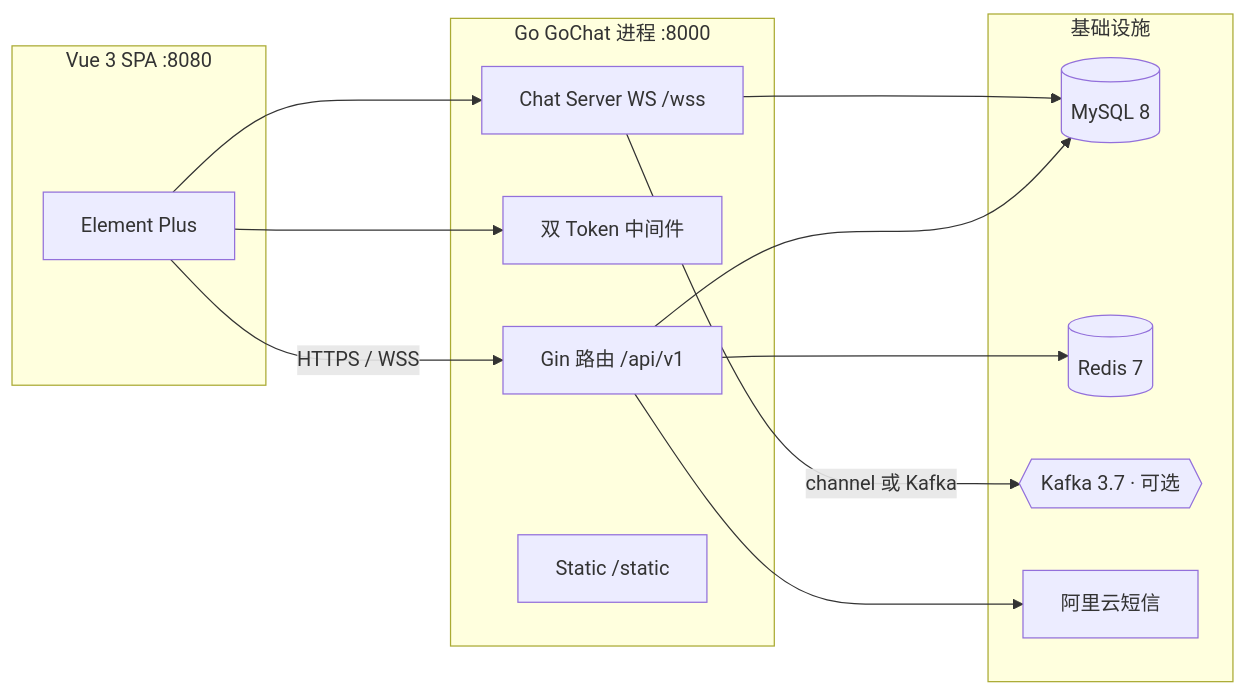
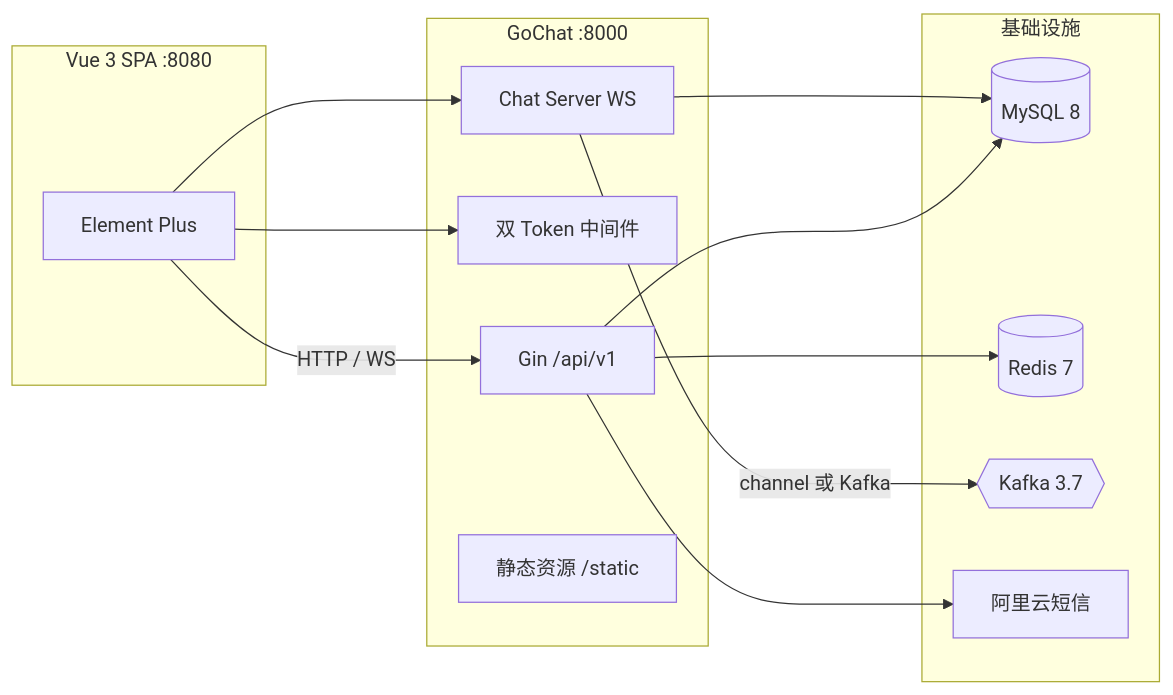
One commit to chitandabb/GoChat changed the diagram in README.md. Above: the diagram before and after it, drawn with Mermaid. The commit also changed other lines of this file and 9 other files, not shown here.

First line of the commit message:
docs: 按开源项目规范重写 README,更新演示截图与部署文档

````diff
--- a/README.md
+++ b/README.md
@@ -32,27 +73,27 @@
 ```mermaid
 flowchart LR
   subgraph Web[Vue 3 SPA :8080]
     UI[Element Plus]
   end
-  subgraph API[Go GoChat 进程 :8000]
-    GIN[Gin 路由 /api/v1]
+  subgraph API[GoChat :8000]
+    GIN[Gin /api/v1]
     AUTH[双 Token 中间件]
-    CS[Chat Server WS /wss]
-    SS[Static /static]
+    CS[Chat Server WS]
+    SS[静态资源 /static]
   end
   subgraph Infra[基础设施]
     DB[(MySQL 8)]
     RD[(Redis 7)]
-    KF{{Kafka 3.7 · 可选}}
+    KF{{Kafka 3.7}}
     SMS[阿里云短信]
   end
 
-  UI -->|HTTPS / WSS| GIN
+  UI -->|HTTP / WS| GIN
   UI --> AUTH
   UI --> CS
   GIN --> DB
   GIN --> RD
   GIN --> SMS
   CS -->|channel 或 Kafka| KF
   CS --> DB
 ```
````
